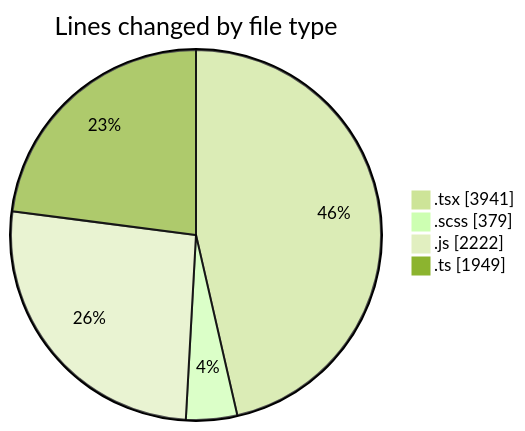
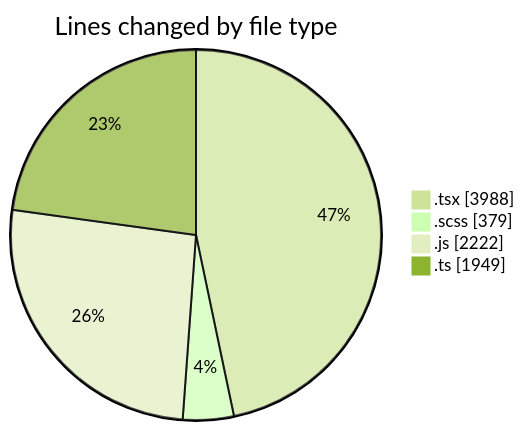
Before and after one commit to momahboobian/code-tracking: the first of 2 diagrams in 2026-06-17/cda/README.md, drawn with Mermaid (forest theme). The commit also changed other lines of this file and 1 other file, not shown here.

````diff
--- a/2026-06-17/cda/README.md
+++ b/2026-06-17/cda/README.md
@@ -54,8 +54,8 @@
 ```mermaid
 pie showData
 title Lines changed by file type
-".tsx" : 3941
+".tsx" : 3988
 ".scss" : 379
 ".js" : 2222
 ".ts" : 1949
 ```
````
